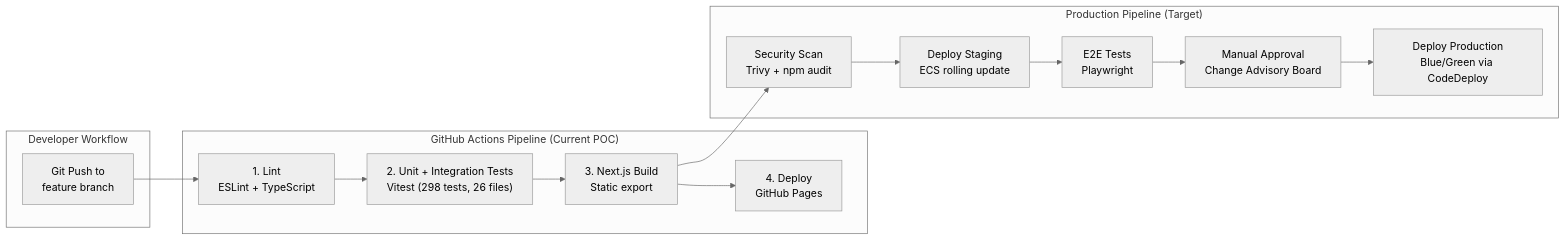
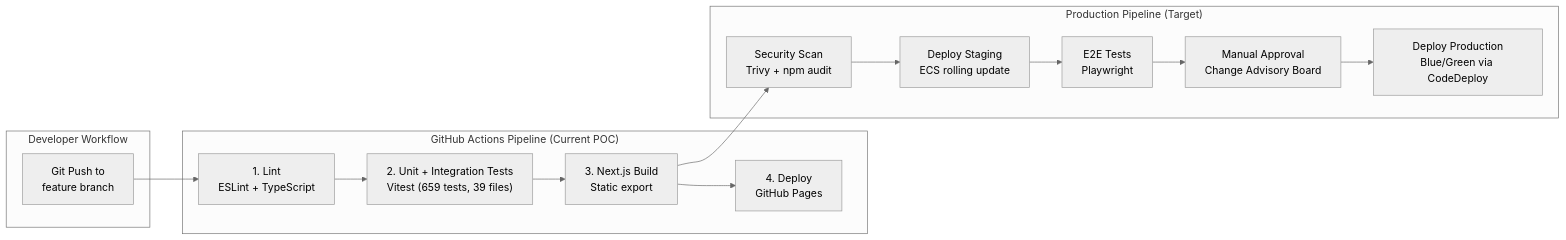
The ninth of 9 diagrams in docs/architecture.md (macleoda-leidos/aib-iaas-poc), drawn with Mermaid (neutral theme) before and after one commit. The commit also changed other lines of this file and 39 other files, not shown here.

````diff
--- a/docs/architecture.md
+++ b/docs/architecture.md
@@ -718,24 +739,24 @@
 ```mermaid
 graph LR
     subgraph "Developer Workflow"
         commit["Git Push to<br/>feature branch"]
     end
 
     subgraph "GitHub Actions Pipeline (Current POC)"
         lint["1. Lint<br/>ESLint + TypeScript"]
-        test["2. Unit + Integration Tests<br/>Vitest (298 tests, 26 files)"]
+        test["2. Unit + Integration Tests<br/>Vitest (659 tests, 39 files)"]
         build["3. Next.js Build<br/>Static export"]
         deploy["4. Deploy<br/>GitHub Pages"]
     end
 
     subgraph "Production Pipeline (Target)"
         scan["Security Scan<br/>Trivy + npm audit"]
         staging["Deploy Staging<br/>ECS rolling update"]
         e2e["E2E Tests<br/>Playwright"]
         approve["Manual Approval<br/>Change Advisory Board"]
         prod["Deploy Production<br/>Blue/Green via CodeDeploy"]
     end
 
     commit --> lint --> test --> build --> deploy
     build --> scan --> staging --> e2e --> approve --> prod
 ```
````
